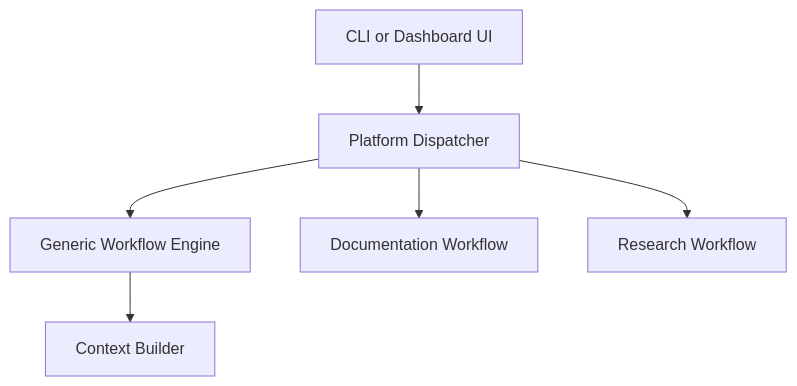
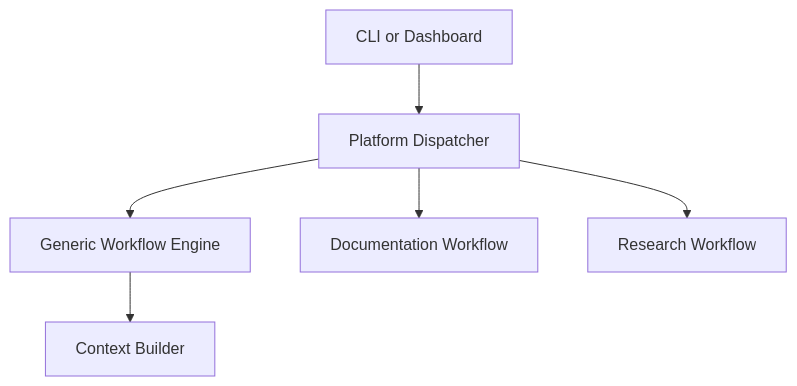
One commit to pgailinas/project0 changed the diagram in docs/platform/Component_Communication_Design.md. Above: the diagram before and after it, drawn with Mermaid. The commit also changed other lines of this file and 3 other files, not shown here.

````diff
--- a/docs/platform/Component_Communication_Design.md
+++ b/docs/platform/Component_Communication_Design.md
@@ -70,8 +41,8 @@
 ```mermaid
 flowchart TD
-    Entry["CLI or Dashboard UI"] --> Dispatcher["Platform Dispatcher"]
+    Entry["CLI or Dashboard"] --> Dispatcher["Platform Dispatcher"]
     Dispatcher --> Engine["Generic Workflow Engine"]
     Engine --> Context["Context Builder"]
     Dispatcher --> Documentation["Documentation Workflow"]
     Dispatcher --> Research["Research Workflow"]
 ```
````
